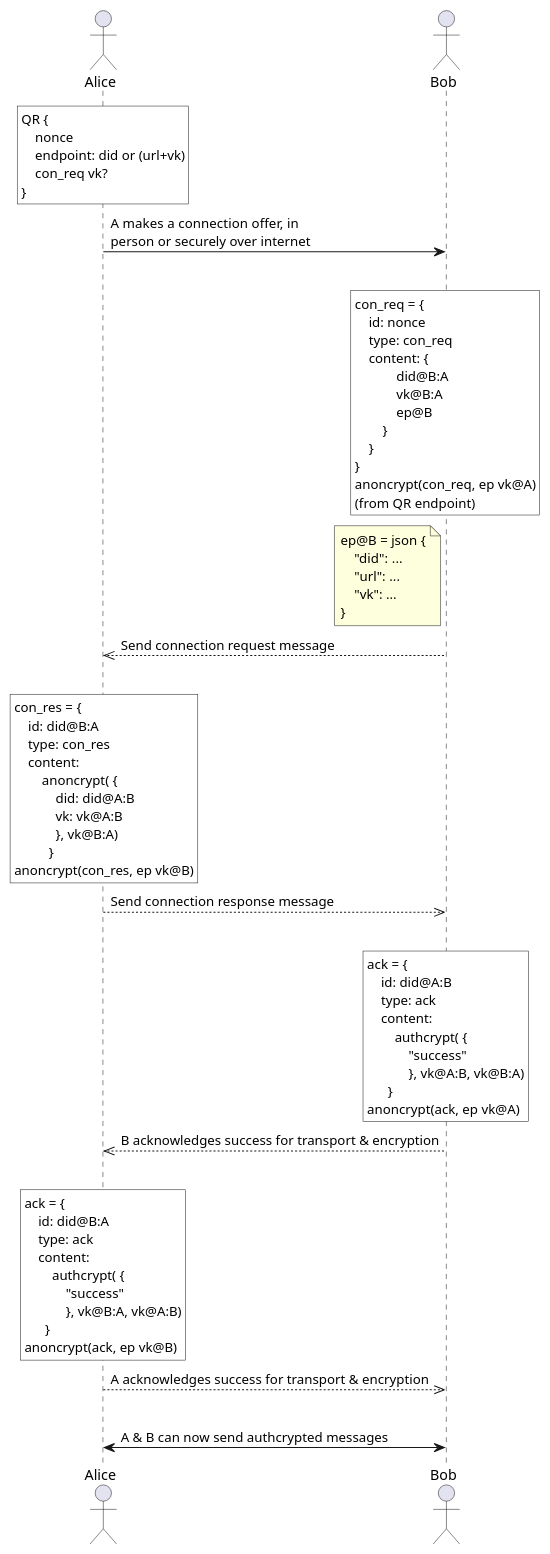
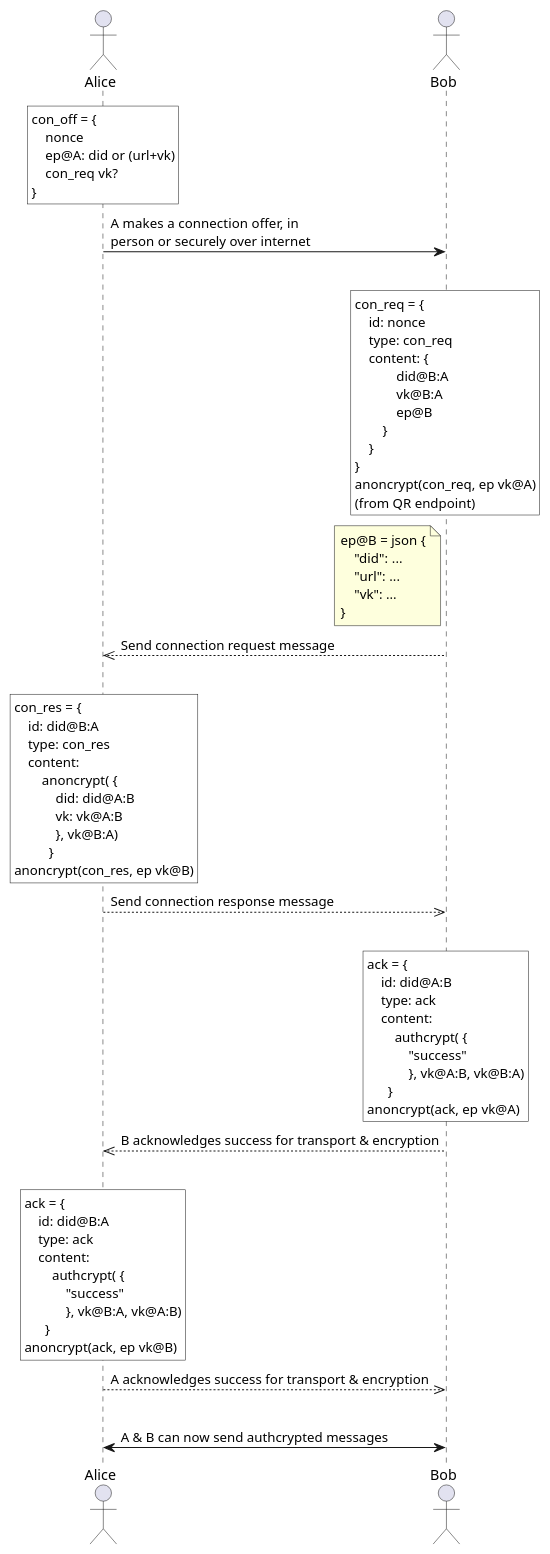
The diagram in text/messaging-protocol/establishing_connection.puml (hyperledger/indy-hipe), drawn with PlantUML before and after one commit. The commit also changed 1 other file, not shown here.

```diff
--- a/text/messaging-protocol/establishing_connection.puml
+++ b/text/messaging-protocol/establishing_connection.puml
@@ -1,111 +1,111 @@
 @startuml
 
 ' class Dummy {
 '   {field} A field (despite parentheses)
 '   {method} Some method
 ' }
 
 actor Alice as A
 'participant "Alice's\nAgent" as A
 'participant "Bob's\nAgent" as B
 actor Bob as B
 
 
 rnote over A #white
-QR {
+con_off = {
     nonce
-    endpoint: did or (url+vk)
+    ep@A: did or (url+vk)
     con_req vk?
 }
 end note
 
 
 A -> B: A makes a connection offer, in\nperson or securely over internet
 |||
 
 
 'This adds the rectangles on the lines=
 
 rnote over B #white
 con_req = {
     id: nonce
     type: con_req
     content: {
             did@B:A
             vk@B:A
             ep@B
         }
     }
 }
 anoncrypt(con_req, ep vk@A)
 (from QR endpoint)
 end note
 
 note left of B
 ep@B = json {
     "did": ...
     "url": ...
     "vk": ...
 }
 end note
 
 
 'B -> B: Could optionally encrypt content\nusing additional key sent in offer
 
 B -->> A: Send connection request message
 |||
 
 rnote over A #white
 con_res = {
     id: did@B:A
     type: con_res
     content:
         anoncrypt( {
             did: did@A:B
             vk: vk@A:B
             }, vk@B:A)
           }
 anoncrypt(con_res, ep vk@B)
 end note
 
 
 A -->> B: Send connection response message
 |||
 
 rnote over B #white
 ack = {
     id: did@A:B
     type: ack
     content:
         authcrypt( {
             "success"
             }, vk@A:B, vk@B:A)
       }
 anoncrypt(ack, ep vk@A)
 end note
 
 
 B -->> A: B acknowledges success for transport & encryption 
 |||
 
 rnote over A #white
 ack = {
     id: did@B:A
     type: ack
     content:
         authcrypt( {
             "success"
             }, vk@B:A, vk@A:B)
       }
 anoncrypt(ack, ep vk@B)
 end note
 
 
 A -->> B: A acknowledges success for transport & encryption 
 |||
 
 A <-> B: A & B can now send authcrypted messages
 
 
 
 @enduml
```
